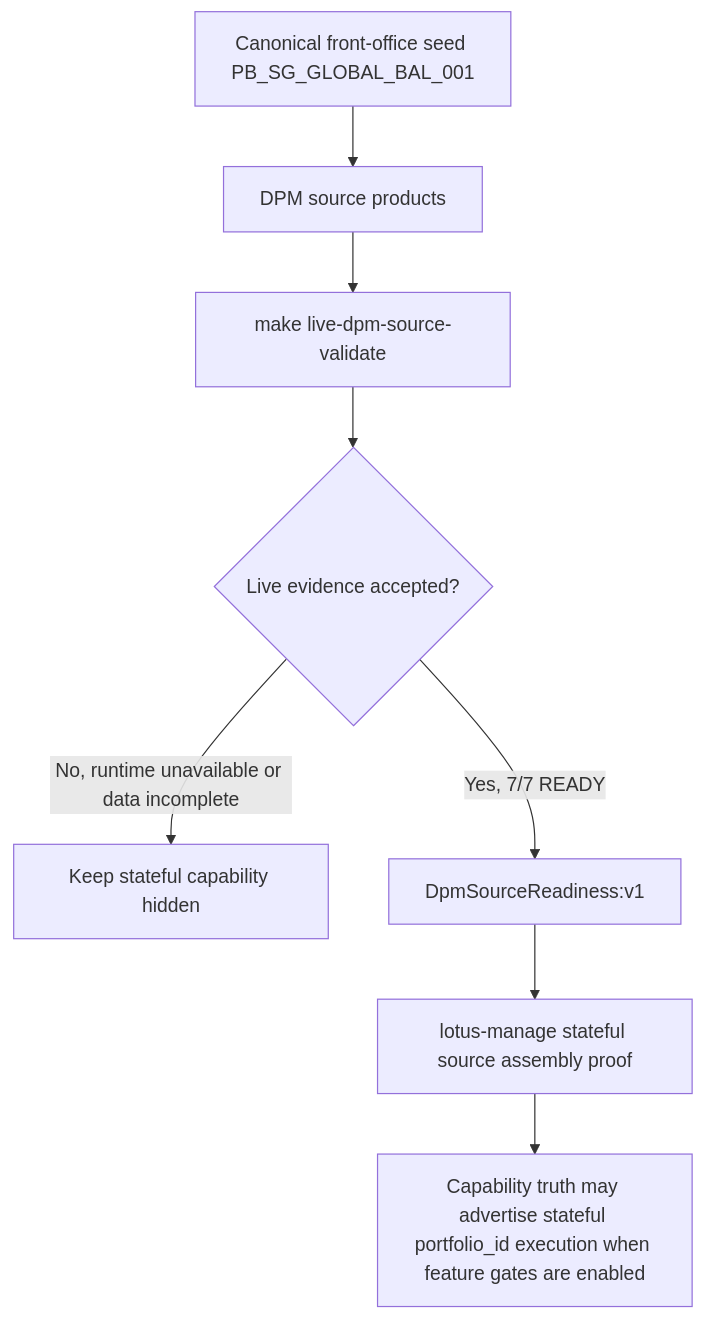
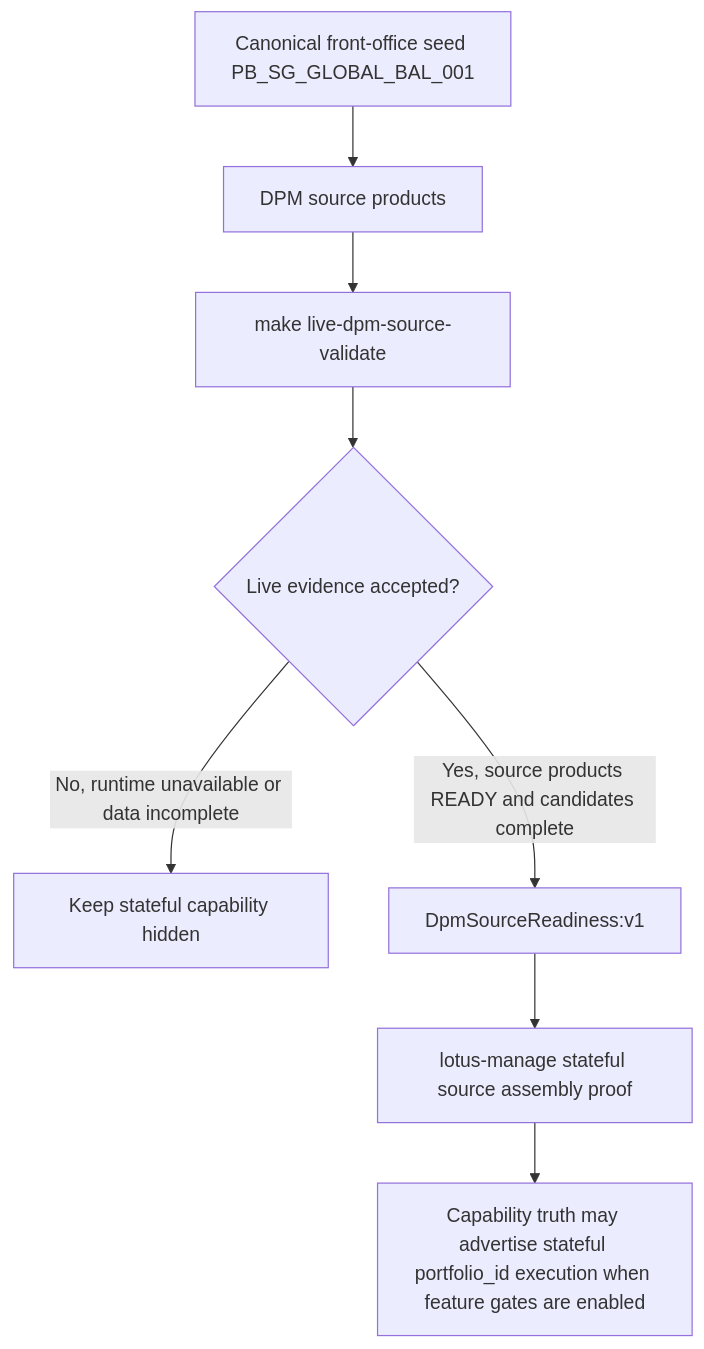
The third of 3 diagrams in wiki/Mesh-Data-Products.md (sgajbi/lotus-core), drawn with Mermaid before and after one commit. The commit also changed other lines of this file and 6 other files, not shown here.

````diff
--- a/wiki/Mesh-Data-Products.md
+++ b/wiki/Mesh-Data-Products.md
@@ -266,10 +266,10 @@
 ```mermaid
 flowchart TD
     Seed[Canonical front-office seed PB_SG_GLOBAL_BAL_001] --> CoreProducts[DPM source products]
     CoreProducts --> LiveValidator[make live-dpm-source-validate]
     LiveValidator --> Evidence{Live evidence accepted?}
     Evidence -->|No, runtime unavailable or data incomplete| Blocked[Keep stateful capability hidden]
-    Evidence -->|Yes, 7/7 READY| Readiness[DpmSourceReadiness:v1]
+    Evidence -->|Yes, source products READY and candidates complete| Readiness[DpmSourceReadiness:v1]
     Readiness --> ManageProof[lotus-manage stateful source assembly proof]
     ManageProof --> Promote[Capability truth may advertise stateful portfolio_id execution when feature gates are enabled]
 ```
````
